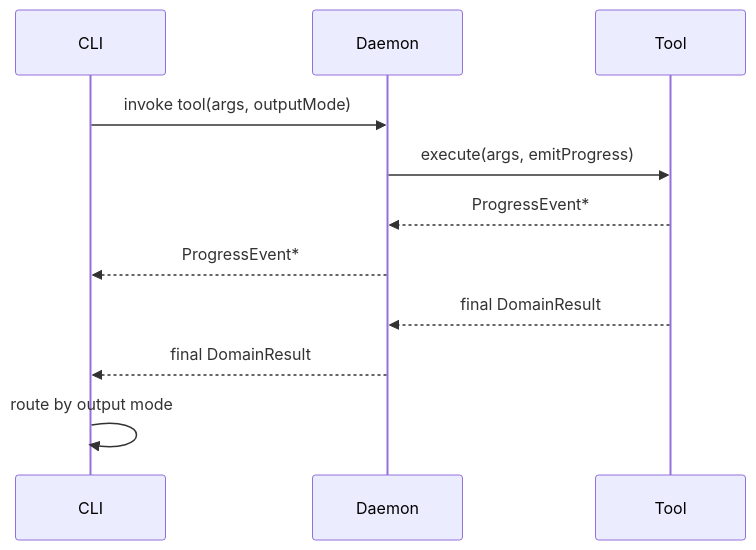
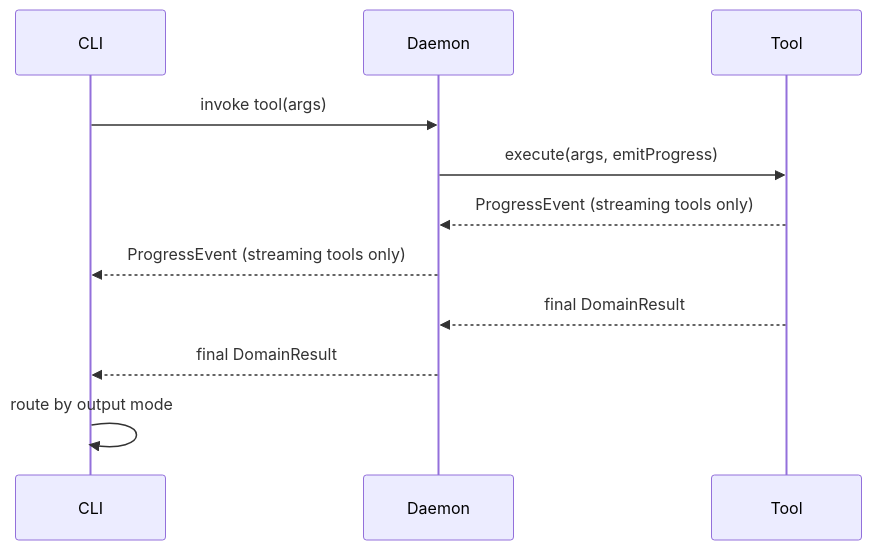
The third of 3 diagrams in docs/dev/DOMAIN_RESULT_OUTPUT_ARCHITECTURE.md (getsentry/XcodeBuildMCP), drawn with Mermaid before and after one commit. The commit also changed other lines of this file and 103 other files, not shown here.

First line of the commit message:
♻️ refactor(tools): Phase 5a — non-streaming tools render from domain result only

````diff
--- a/docs/dev/DOMAIN_RESULT_OUTPUT_ARCHITECTURE.md
+++ b/docs/dev/DOMAIN_RESULT_OUTPUT_ARCHITECTURE.md
@@ -341,13 +264,13 @@
 ```mermaid
 sequenceDiagram
     participant CLI
     participant Daemon
     participant Tool
-    CLI->>Daemon: invoke tool(args, outputMode)
+    CLI->>Daemon: invoke tool(args)
     Daemon->>Tool: execute(args, emitProgress)
-    Tool-->>Daemon: ProgressEvent*
-    Daemon-->>CLI: ProgressEvent*
+    Tool-->>Daemon: ProgressEvent (streaming tools only)
+    Daemon-->>CLI: ProgressEvent (streaming tools only)
     Tool-->>Daemon: final DomainResult
     Daemon-->>CLI: final DomainResult
     CLI->>CLI: route by output mode
 ```
````
